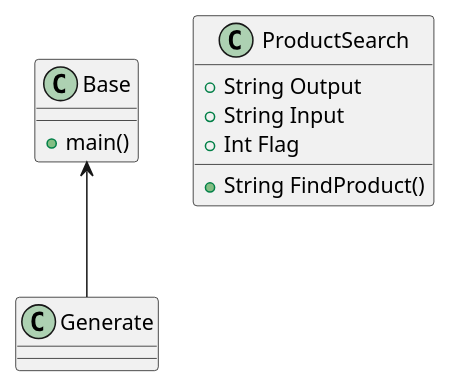
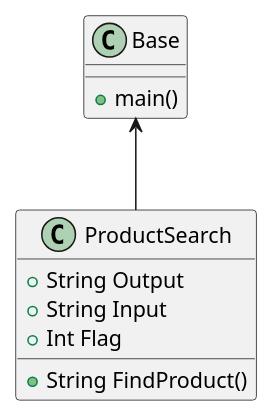
One commit to RyanKPersad/persad-cop3330-assignment3 changed the diagram in src/main/java/Assignment3/Ex44/ProductSearch.puml. Above: the diagram before and after it, drawn with PlantUML.

```diff
--- a/src/main/java/Assignment3/Ex44/ProductSearch.puml
+++ b/src/main/java/Assignment3/Ex44/ProductSearch.puml
@@ -1,17 +1,17 @@
 @startuml
 class Base {
 +main()
 
 }
 class ProductSearch{
 +String Output
 +String Input
 +Int Flag
 
 +String FindProduct()
 
 
 }
-Base <--Generate
+Base <--ProductSearch
 
 @enduml
```
